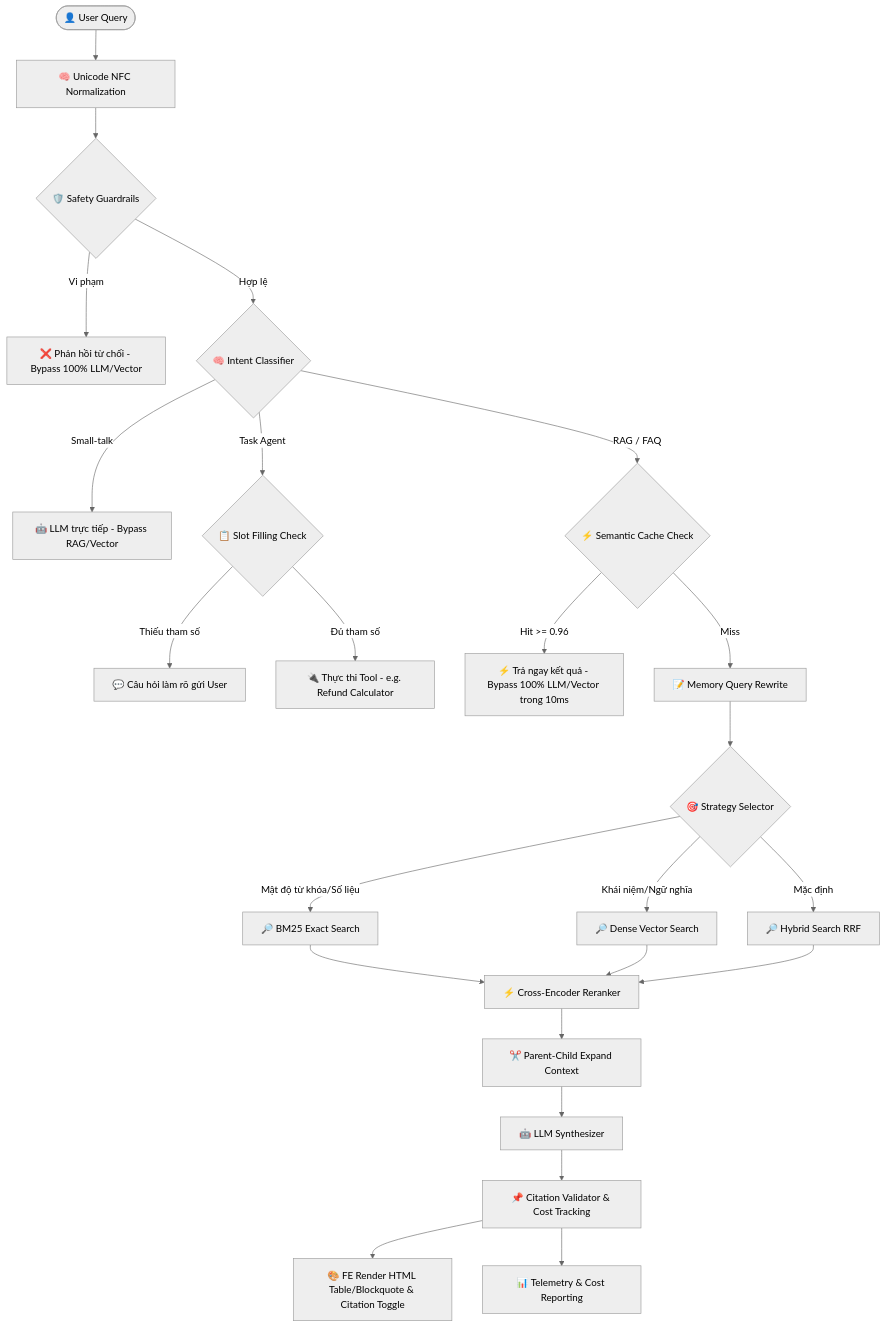
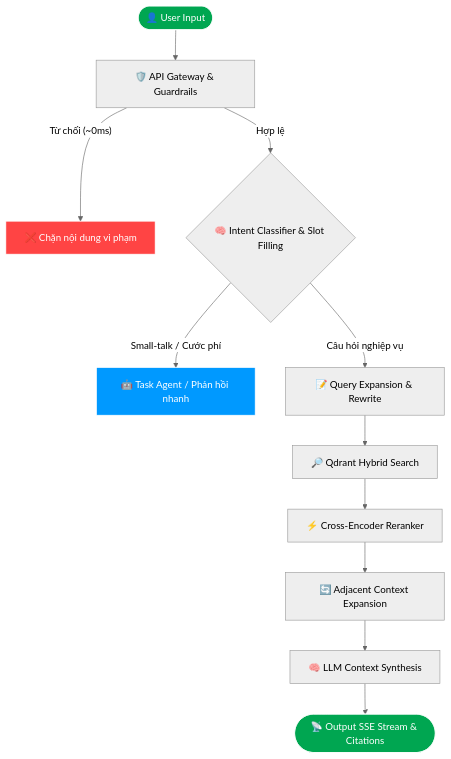
The diagram in README.md (dungltcn272/XANH_SM_AI_ASSISTANT_V1), drawn with Mermaid (neutral theme) before and after one commit. The commit also changed other lines of this file and 130 other files, not shown here.

````diff
--- a/README.md
+++ b/README.md
@@ -82,40 +67,22 @@
 ```mermaid
-flowchart TD
-    User([👤 User Query]) --> NFC[🧠 Unicode NFC Normalization]
-    NFC --> Safety{🛡️ Safety Guardrails}
+graph TD
+    A([👤 User Input]) --> B[🛡️ API Gateway & Guardrails]
+    B -- "Từ chối (~0ms)" --> Block[❌ Chặn nội dung vi phạm]
+    B -- "Hợp lệ" --> C{🧠 Intent Classifier & Slot Filling}
     
-    %% Bypass luồng nhạy cảm
-    Safety -- Vi phạm --> Chặn[❌ Phản hồi từ chối - Bypass 100% LLM/Vector]
+    %% Bypass luồng RAG
+    C -- "Small-talk / Cước phí" --> Task[🤖 Task Agent / Phản hồi nhanh]
     
-    %% Phân loại ý định
-    Safety -- Hợp lệ --> Intent{🧠 Intent Classifier}
+    %% Luồng RAG Chính
+    C -- "Câu hỏi nghiệp vụ" --> D[📝 Query Expansion & Rewrite]
+    D --> E[🔎 Qdrant Hybrid Search]
+    E --> F[⚡ Cross-Encoder Reranker]
+    F --> G[🔄 Adjacent Context Expansion]
+    G --> H[🧠 LLM Context Synthesis]
+    H --> I([📡 Output SSE Stream & Citations])
     
-    Intent -- Small-talk --> LLMDirect[🤖 LLM trực tiếp - Bypass RAG/Vector]
-    Intent -- Task Agent --> Slots{📋 Slot Filling Check}
-    Intent -- RAG / FAQ --> Cache{⚡ Semantic Cache Check}
-    
-    %% Nhánh Task Agent
-    Slots -- Thiếu tham số --> Clarify[💬 Câu hỏi làm rõ gửi User]
-    Slots -- Đủ tham số --> Tool[🔌 Thực thi Tool - e.g. Refund Calculator]
-    
-    %% Nhánh Cache
-    Cache -- Hit >= 0.96 --> TrảCache[⚡ Trả ngay kết quả - Bypass 100% LLM/Vector trong 10ms]
-    Cache -- Miss --> Rewrite[📝 Memory Query Rewrite]
-    
-    %% Nhánh RAG chính
-    Rewrite --> Select{🎯 Strategy Selector}
-    Select -- Mật độ từ khóa/Số liệu --> BM25[🔎 BM25 Exact Search]
-    Select -- Khái niệm/Ngữ nghĩa --> Dense[🔎 Dense Vector Search]
-    Select -- Mặc định --> Hybrid[🔎 Hybrid Search RRF]
-    
-    BM25 --> Rerank[⚡ Cross-Encoder Reranker]
-    Dense --> Rerank
-    Hybrid --> Rerank
-    
-    Rerank --> PC[✂️ Parent-Child Expand Context]
-    PC --> LLM[🤖 LLM Synthesizer]
-    LLM --> Validator[📌 Citation Validator & Cost Tracking]
-    
-    Validator --> Render[🎨 FE Render HTML Table/Blockquote & Citation Toggle]
-    Validator --> Obs[📊 Telemetry & Cost Reporting]
+    style A fill:#00A651,stroke:#fff,color:#fff
+    style I fill:#00A651,stroke:#fff,color:#fff
+    style Block fill:#ff4444,stroke:#fff,color:#fff
+    style Task fill:#0099ff,stroke:#fff,color:#fff
 ```
````
